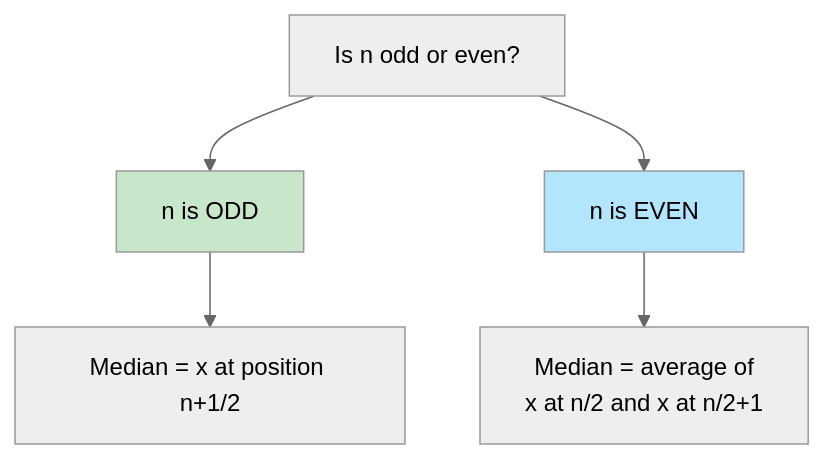
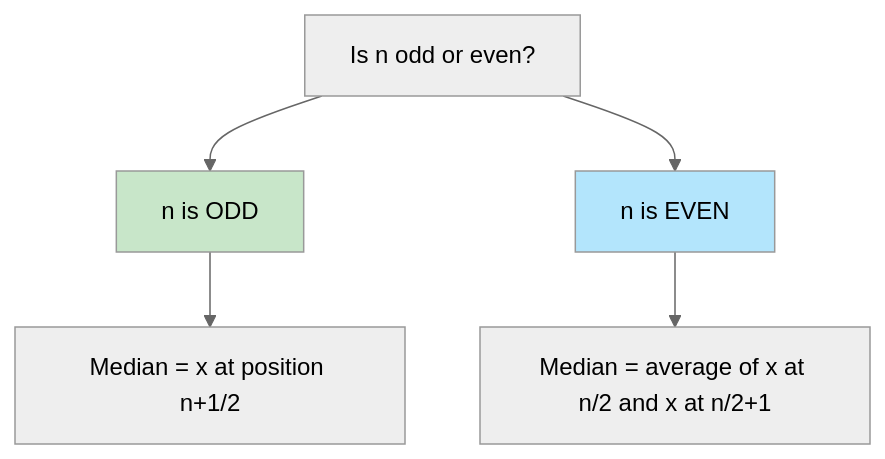
The third of 5 diagrams in docs/research-methods/lecture-03.md (daxxac/mba-notes), drawn with Mermaid (neutral theme) before and after one commit. The commit also changed other lines of this file and 4 other files, not shown here.

First line of the commit message:
Fix Mermaid diagram parsing errors: replace <br/> with spaces

````diff
--- a/docs/research-methods/lecture-03.md
+++ b/docs/research-methods/lecture-03.md
@@ -474,11 +474,11 @@
 ```mermaid
 graph TD
     A[Is n odd or even?] --> B[n is ODD]
     A --> C[n is EVEN]
     
     B --> D[Median = x at position n+1/2]
-    C --> E[Median = average of<br/>x at n/2 and x at n/2+1]
+    C --> E[Median = average of x at n/2 and x at n/2+1]
     
     style B fill:#c8e6c9
     style C fill:#b3e5fc
 ```
````
